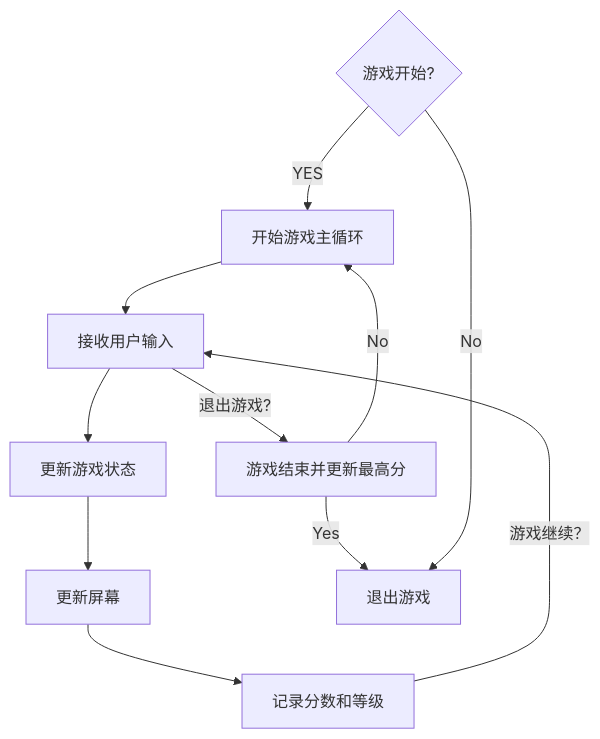
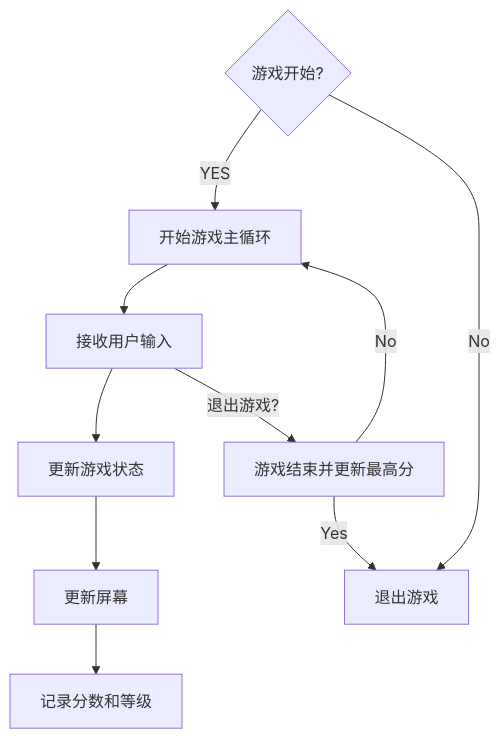
The first of 2 diagrams in alien_invasion_design_manual/B20210302303_文凯_设计说明书.md (kaihuang614/python_tasks), drawn with Mermaid before and after one commit. The commit also changed 1 other file, not shown here.

Commit message:
fourteen commit

````diff
--- a/alien_invasion_design_manual/B20210302303_文凯_设计说明书.md
+++ b/alien_invasion_design_manual/B20210302303_文凯_设计说明书.md
@@ -101,13 +101,12 @@
 ```mermaid
 flowchart TD
     A{游戏开始?} -->|YES| B[开始游戏主循环]
     B --> C[接收用户输入]
     C --> D[更新游戏状态]
     D --> E[更新屏幕]
     E --> F[记录分数和等级]
-    F -->|游戏继续？| C
     C -->|退出游戏?| G[游戏结束并更新最高分]
     G -->|No| B
     G -->|Yes| I[退出游戏]
     A -->|No| I
 ```
````
